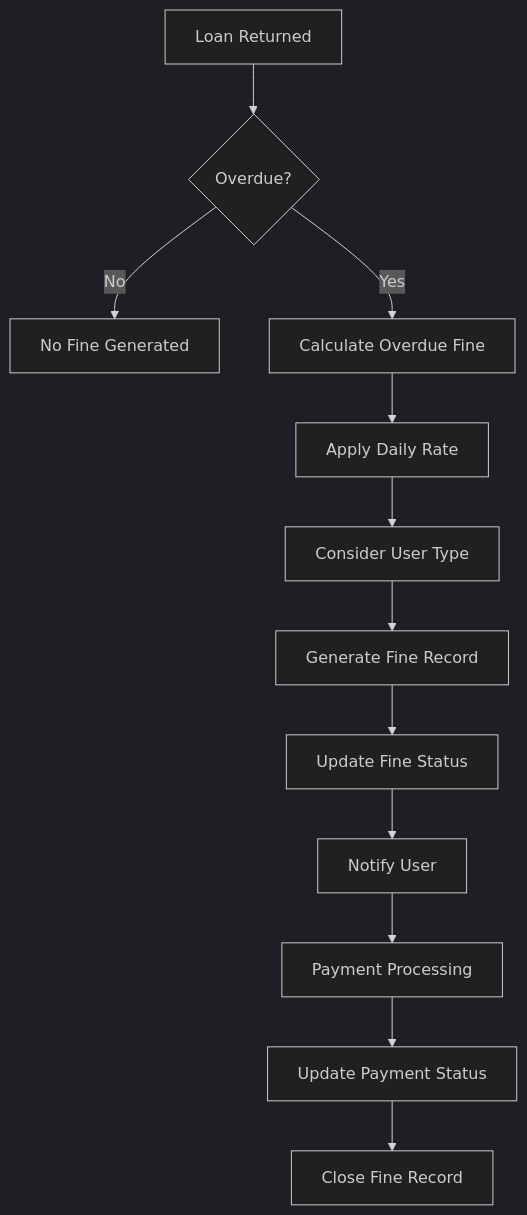
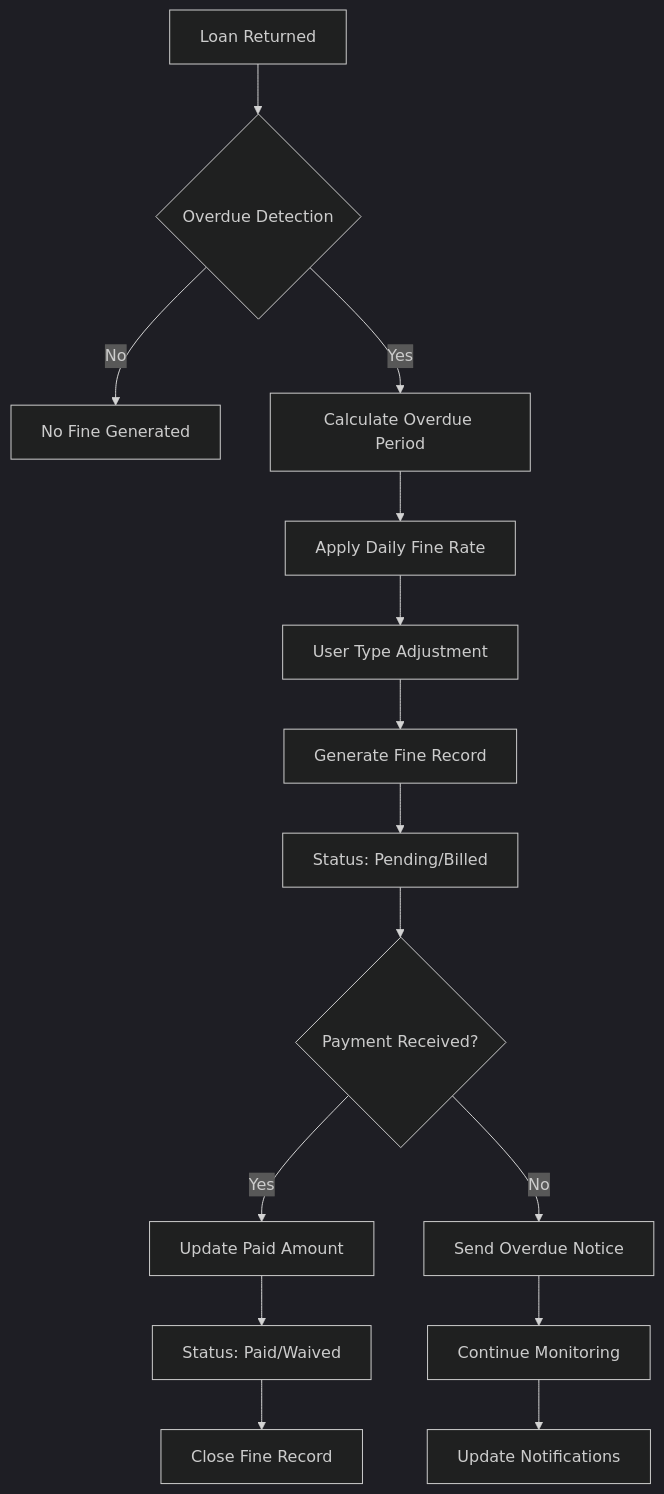
Before and after one commit to geniusdynamics/schoolpilot: the fifth of 8 diagrams in .qoder/repowiki/en/content/Modules System/Library Module.md, drawn with Mermaid (dark theme). The commit also changed other lines of this file and 16 other files, not shown here.

````diff
--- a/.qoder/repowiki/en/content/Modules System/Library Module.md
+++ b/.qoder/repowiki/en/content/Modules System/Library Module.md
@@ -265,14 +281,17 @@
 ```mermaid
 flowchart TD
-A[Loan Returned] --> B{Overdue?}
+A[Loan Returned] --> B{Overdue Detection}
 B --> |No| C[No Fine Generated]
-B --> |Yes| D[Calculate Overdue Fine]
-D --> E[Apply Daily Rate]
-E --> F[Consider User Type]
+B --> |Yes| D[Calculate Overdue Period]
+D --> E[Apply Daily Fine Rate]
+E --> F[User Type Adjustment]
 F --> G[Generate Fine Record]
-G --> H[Update Fine Status]
-H --> I[Notify User]
-I --> J[Payment Processing]
-J --> K[Update Payment Status]
-K --> L[Close Fine Record]
+G --> H[Status: Pending/Billed]
+H --> I{Payment Received?}
+I --> |Yes| J[Update Paid Amount]
+J --> K[Status: Paid/Waived]
+I --> |No| L[Send Overdue Notice]
+L --> M[Continue Monitoring]
+K --> N[Close Fine Record]
+M --> O[Update Notifications]
 ```
````
